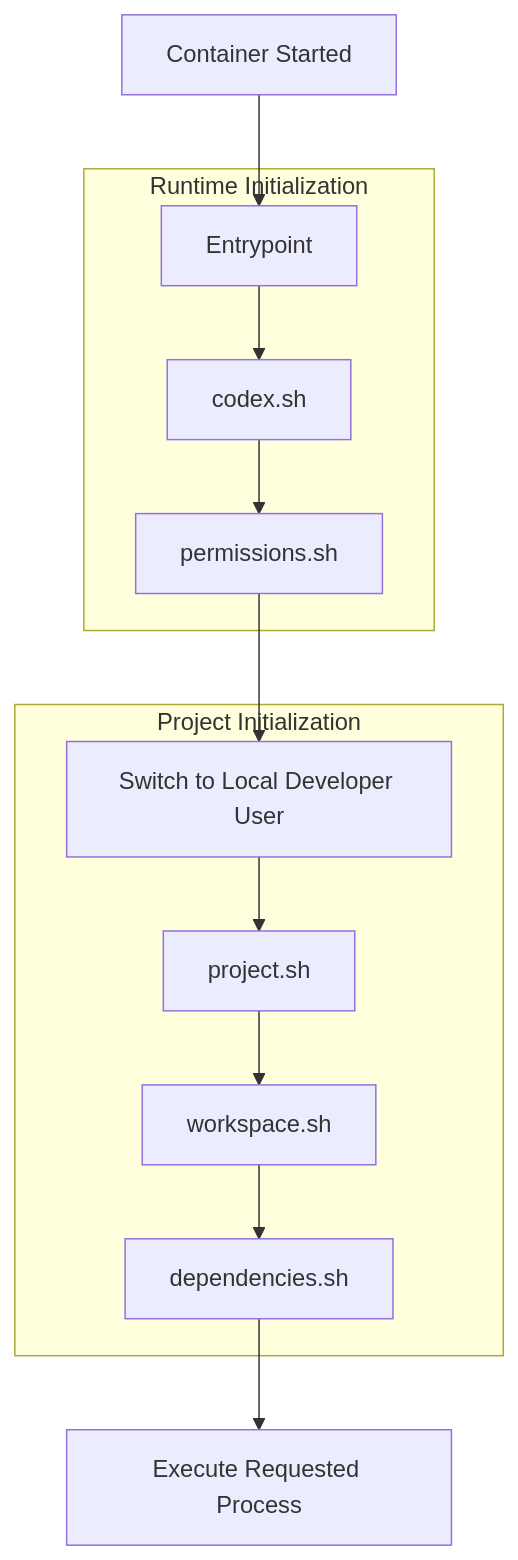
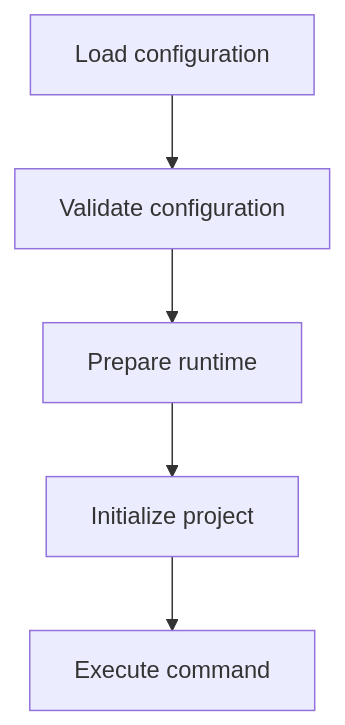
One commit to meowpow-png/mipe changed the diagram in docs/IMPLEMENTATION.md. Above: the diagram before and after it, drawn with Mermaid. The commit also changed other lines of this file, not shown here.

````diff
--- a/docs/IMPLEMENTATION.md
+++ b/docs/IMPLEMENTATION.md
@@ -7,21 +36,13 @@
 ```mermaid
 flowchart TD
-    A[Container Started]
+    A[Load configuration]
+    B[Validate configuration]
+    C[Prepare runtime]
+    D[Initialize project]
+    E[Execute command]
 
-    A --> B[Entrypoint]
-
-    subgraph Runtime Initialization
-        B --> C[codex.sh]
-        C --> D[permissions.sh]
-    end
-
-    D --> E[Switch to Local Developer User]
-
-    subgraph Project Initialization
-        E --> F[project.sh]
-        F --> G[workspace.sh]
-        G --> H[dependencies.sh]
-    end
-
-    H --> I[Execute Requested Process]
+    A --> B
+    B --> C
+    C --> D
+    D --> E
 ```
````
